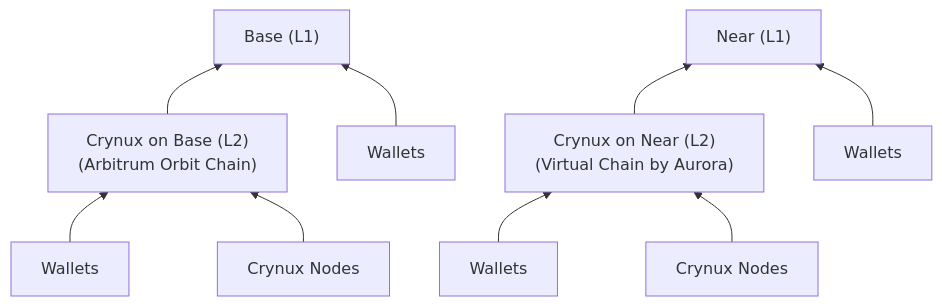
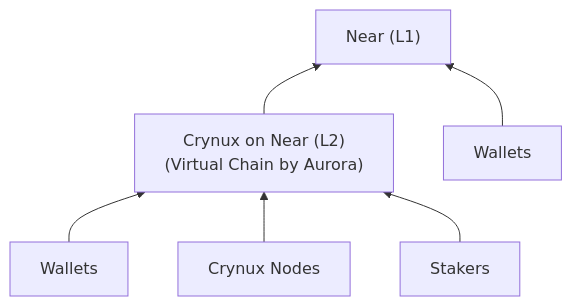
Before and after one commit to crynux-network/documentation: the first of 2 diagrams in gitbook/crynux-token/wallet-configuration.md, drawn with Mermaid.

Commit message:
GITBOOK-413: No subject

````diff
--- a/gitbook/crynux-token/wallet-configuration.md
+++ b/gitbook/crynux-token/wallet-configuration.md
@@ -11,13 +20,8 @@
 ```mermaid
 flowchart BT
-  MM_BASE["Wallets"] --> BASE_CHAIN["Crynux on Base (L2)<br/>(Arbitrum Orbit Chain)"]
-  NODE_BASE["Crynux Nodes"] --> BASE_CHAIN
-  BASE_CHAIN --> BASE["Base (L1)"]
-  MM2_BASE["Wallets"] --> BASE
-
   MM_NEAR["Wallets"] --> VC["Crynux on Near (L2)<br/>(Virtual Chain by Aurora)"]
   NODE_NEAR["Crynux Nodes"] --> VC
   VC --> NEAR["Near (L1)"]
   MM2_NEAR["Wallets"] --> NEAR
-
+  STAKERS["Stakers"] --> VC
 ```
````
